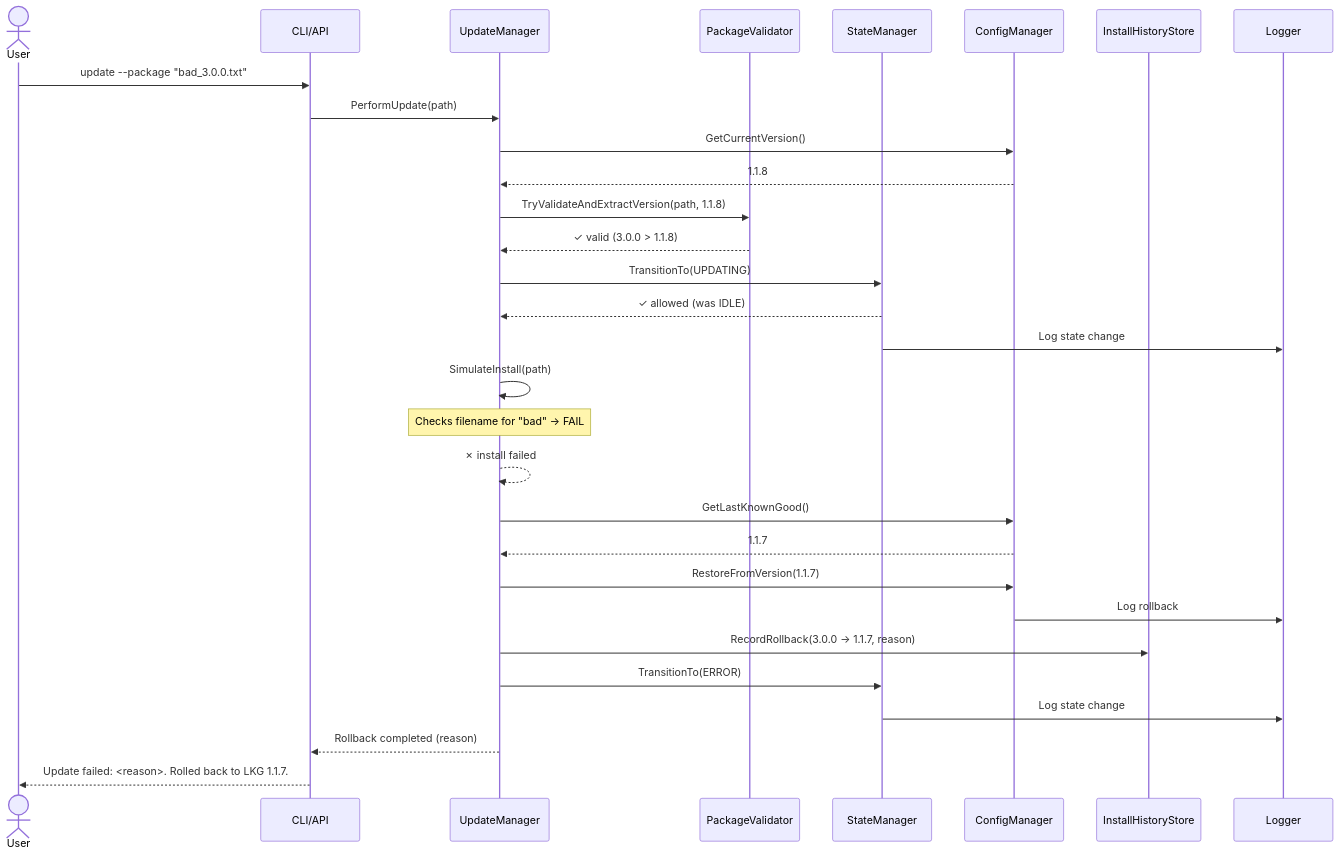
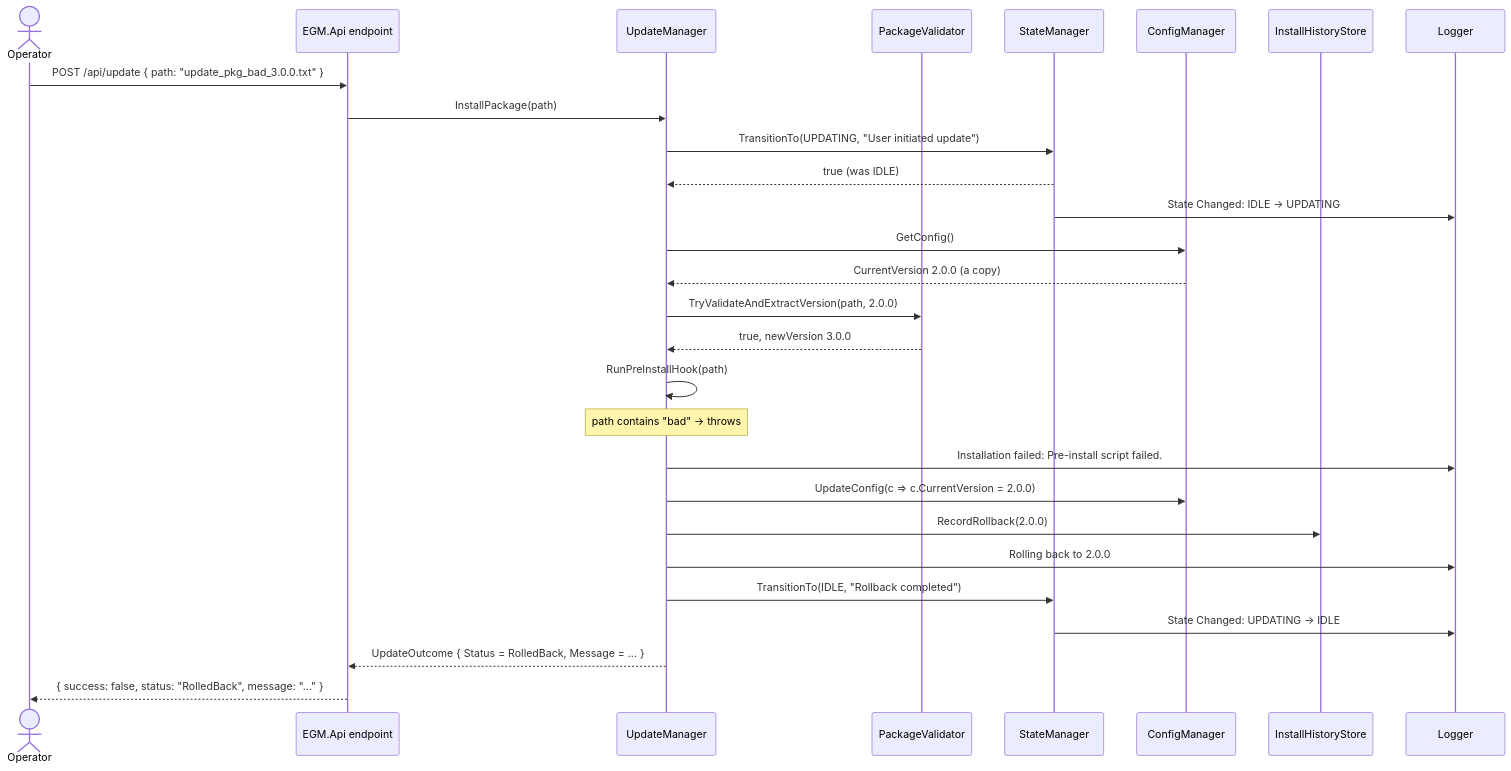
The second of 2 diagrams in ARCHITECTURE.md (xDivyanshx/EGM), drawn with Mermaid before and after one commit. The commit also changed other lines of this file and 19 other files, not shown here.

````diff
--- a/ARCHITECTURE.md
+++ b/ARCHITECTURE.md
@@ -160,42 +227,38 @@
 ```mermaid
 sequenceDiagram
-    actor User
-    participant CLI/API
+    actor Operator
+    participant API as EGM.Api endpoint
     participant UpdateManager
     participant PackageValidator
     participant StateManager
     participant ConfigManager
     participant InstallHistoryStore
     participant Logger
 
-    User->>CLI/API: update --package "bad_3.0.0.txt"
-    CLI/API->>UpdateManager: PerformUpdate(path)
-    
-    UpdateManager->>ConfigManager: GetCurrentVersion()
-    ConfigManager-->>UpdateManager: 1.1.8
-    
-    UpdateManager->>PackageValidator: TryValidateAndExtractVersion(path, 1.1.8)
-    PackageValidator-->>UpdateManager: ✓ valid (3.0.0 > 1.1.8)
-    
-    UpdateManager->>StateManager: TransitionTo(UPDATING)
-    StateManager-->>UpdateManager: ✓ allowed (was IDLE)
-    StateManager->>Logger: Log state change
-    
-    UpdateManager->>UpdateManager: SimulateInstall(path)
-    Note over UpdateManager: Checks filename for "bad" → FAIL
-    UpdateManager-->>UpdateManager: ✗ install failed
-    
-    UpdateManager->>ConfigManager: GetLastKnownGood()
-    ConfigManager-->>UpdateManager: 1.1.7
-    
-    UpdateManager->>ConfigManager: RestoreFromVersion(1.1.7)
-    ConfigManager->>Logger: Log rollback
-    
-    UpdateManager->>InstallHistoryStore: RecordRollback(3.0.0 → 1.1.7, reason)
-    
-    UpdateManager->>StateManager: TransitionTo(ERROR)
-    StateManager->>Logger: Log state change
-    
-    UpdateManager-->>CLI/API: Rollback completed (reason)
-    CLI/API-->>User: Update failed: <reason>. Rolled back to LKG 1.1.7.
+    Operator->>API: POST /api/update { path: "update_pkg_bad_3.0.0.txt" }
+    API->>UpdateManager: InstallPackage(path)
+
+    UpdateManager->>StateManager: TransitionTo(UPDATING, "User initiated update")
+    StateManager-->>UpdateManager: true (was IDLE)
+    StateManager->>Logger: State Changed: IDLE -> UPDATING
+
+    UpdateManager->>ConfigManager: GetConfig()
+    ConfigManager-->>UpdateManager: CurrentVersion 2.0.0 (a copy)
+
+    UpdateManager->>PackageValidator: TryValidateAndExtractVersion(path, 2.0.0)
+    PackageValidator-->>UpdateManager: true, newVersion 3.0.0
+
+    UpdateManager->>UpdateManager: RunPreInstallHook(path)
+    Note over UpdateManager: path contains "bad" -> throws
+    UpdateManager->>Logger: Installation failed: Pre-install script failed.
+
+    UpdateManager->>ConfigManager: UpdateConfig(c => c.CurrentVersion = 2.0.0)
+    UpdateManager->>InstallHistoryStore: RecordRollback(2.0.0)
+    UpdateManager->>Logger: Rolling back to 2.0.0
+
+    UpdateManager->>StateManager: TransitionTo(IDLE, "Rollback completed")
+    StateManager->>Logger: State Changed: UPDATING -> IDLE
+
+    UpdateManager-->>API: UpdateOutcome { Status = RolledBack, Message = ... }
+    API-->>Operator: { success: false, status: "RolledBack", message: "..." }
 ```
````
